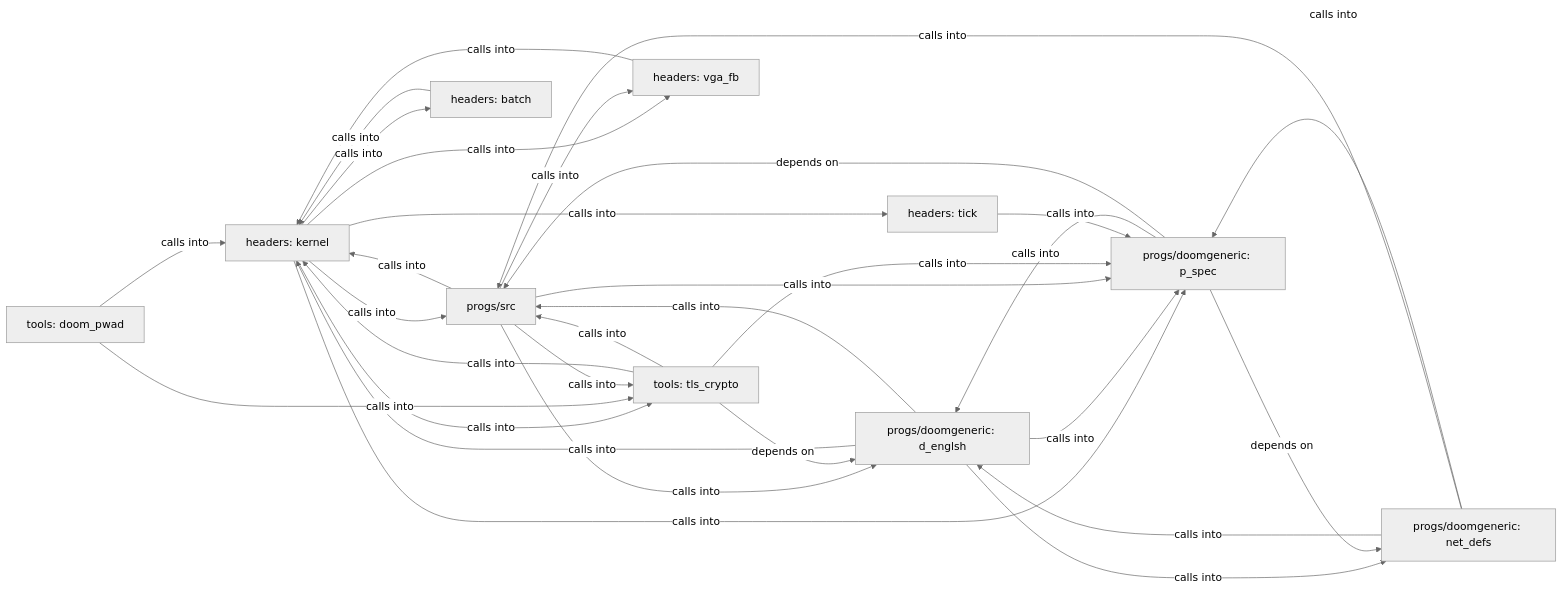
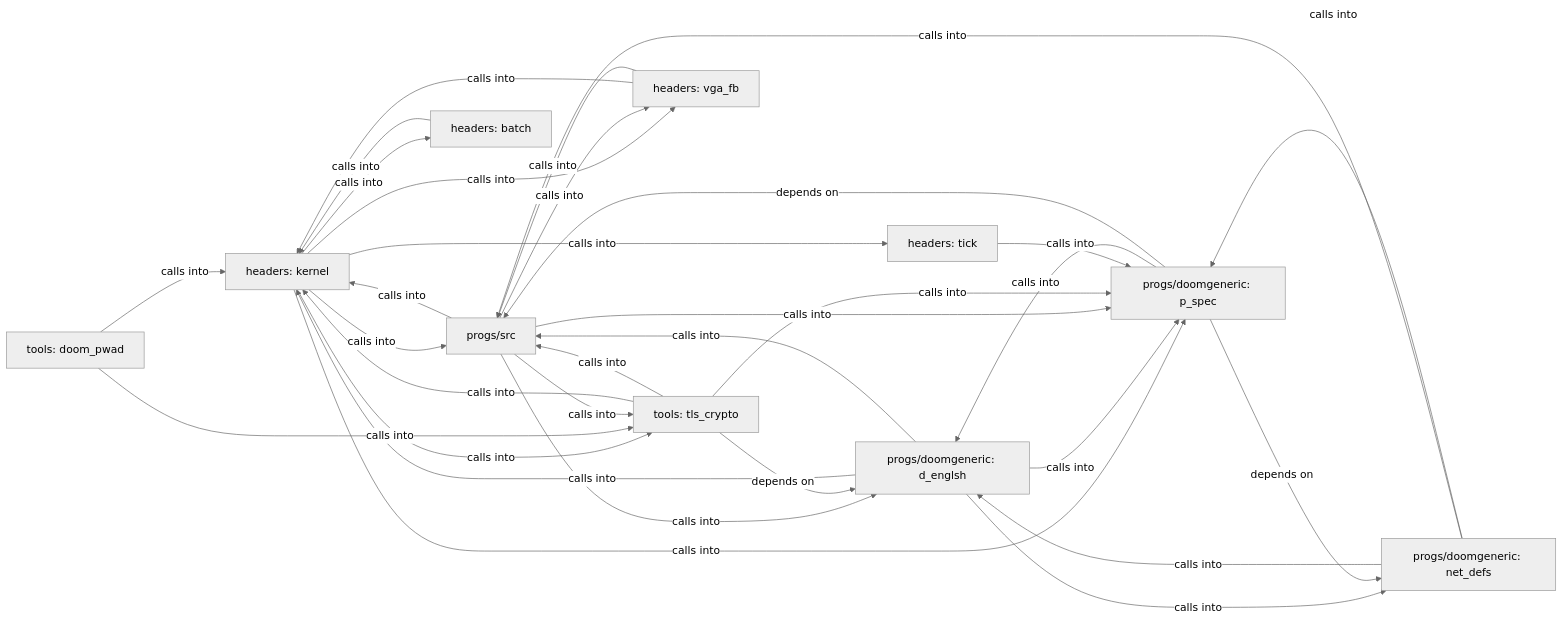
The diagram in readmenator-diagrams/overview.md (grisuno/miniOS), drawn with Mermaid (neutral theme) before and after one commit. The commit also changed other lines of this file and 136 other files, not shown here.

````diff
--- a/readmenator-diagrams/overview.md
+++ b/readmenator-diagrams/overview.md
@@ -1,47 +1,48 @@
 ```mermaid
 graph LR
     headers_kernel["headers: kernel"]
     progs_doomgeneric_d_englsh["progs/doomgeneric: d_englsh"]
     progs_src["progs/src"]
     progs_doomgeneric_p_spec["progs/doomgeneric: p_spec"]
     tools_tls_crypto["tools: tls_crypto"]
     headers_vga_fb["headers: vga_fb"]
     progs_doomgeneric_net_defs["progs/doomgeneric: net_defs"]
     headers_batch["headers: batch"]
     headers_tick["headers: tick"]
     tools_doom_pwad["tools: doom_pwad"]
     headers_kernel -- "calls into" --> progs_src
     headers_kernel -- "calls into" --> progs_doomgeneric_p_spec
     headers_kernel -- "calls into" --> tools_tls_crypto
     headers_kernel -- "calls into" --> headers_vga_fb
     headers_kernel -- "calls into" --> headers_batch
     headers_kernel -- "calls into" --> headers_tick
     tools_doom_pwad -- "calls into" --> headers_kernel
     tools_doom_pwad -- "calls into" --> tools_tls_crypto
     progs_doomgeneric_d_englsh -- "calls into" --> headers_kernel
     progs_doomgeneric_d_englsh -- "calls into" --> progs_src
     progs_doomgeneric_d_englsh -- "calls into" --> progs_doomgeneric_p_spec
     progs_doomgeneric_d_englsh -- "calls into" --> progs_doomgeneric_net_defs
     progs_src -- "calls into" --> headers_kernel
     progs_src -- "calls into" --> progs_doomgeneric_d_englsh
     progs_src -- "calls into" --> progs_doomgeneric_p_spec
     progs_src -- "calls into" --> tools_tls_crypto
     progs_src -- "calls into" --> headers_vga_fb
     progs_doomgeneric_p_spec -- "calls into" --> progs_doomgeneric_d_englsh
     progs_doomgeneric_p_spec -- "depends on" --> progs_src
     progs_doomgeneric_p_spec -- "depends on" --> progs_doomgeneric_net_defs
     tools_tls_crypto -- "calls into" --> headers_kernel
     tools_tls_crypto -- "depends on" --> progs_doomgeneric_d_englsh
     tools_tls_crypto -- "calls into" --> progs_src
     tools_tls_crypto -- "calls into" --> progs_doomgeneric_p_spec
     headers_vga_fb -- "calls into" --> headers_kernel
+    headers_vga_fb -- "calls into" --> progs_src
     progs_doomgeneric_net_defs -- "calls into" --> progs_doomgeneric_d_englsh
     progs_doomgeneric_net_defs -- "calls into" --> progs_src
     progs_doomgeneric_net_defs -- "calls into" --> progs_doomgeneric_p_spec
     headers_batch -- "calls into" --> headers_kernel
     headers_tick -- "calls into" --> progs_doomgeneric_p_spec
     click headers_kernel href "./headers_kernel.md" "Details"
     click progs_src href "./progs_src.md" "Details"
     click tools_tls_crypto href "./tools_tls_crypto.md" "Details"
     click headers_vga_fb href "./headers_vga_fb.md" "Details"
 ```
````
